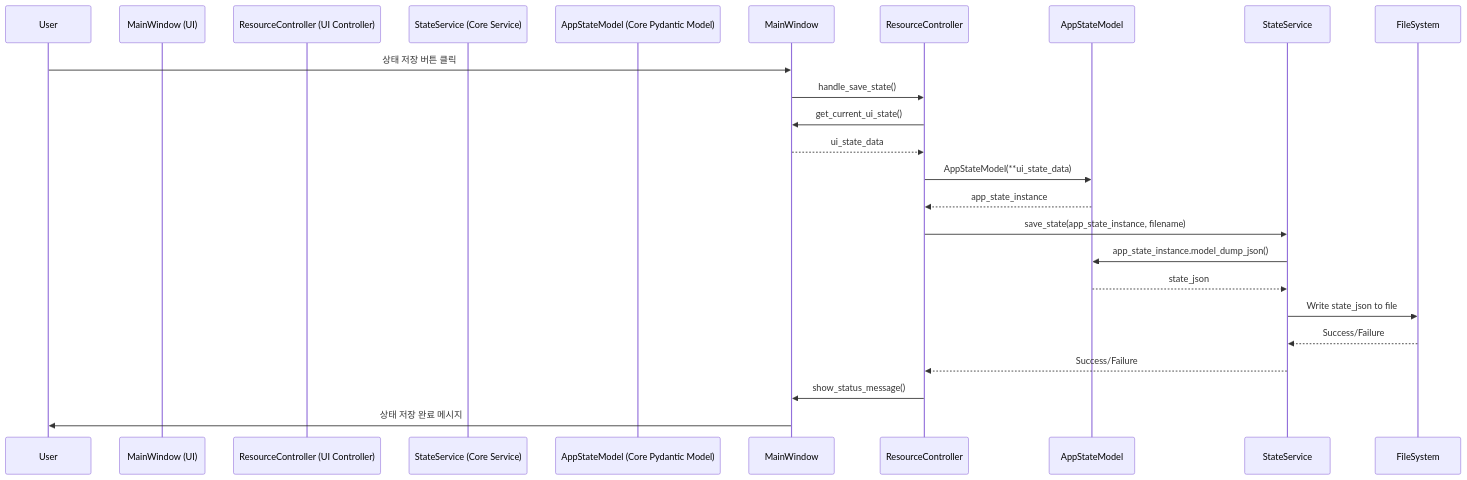
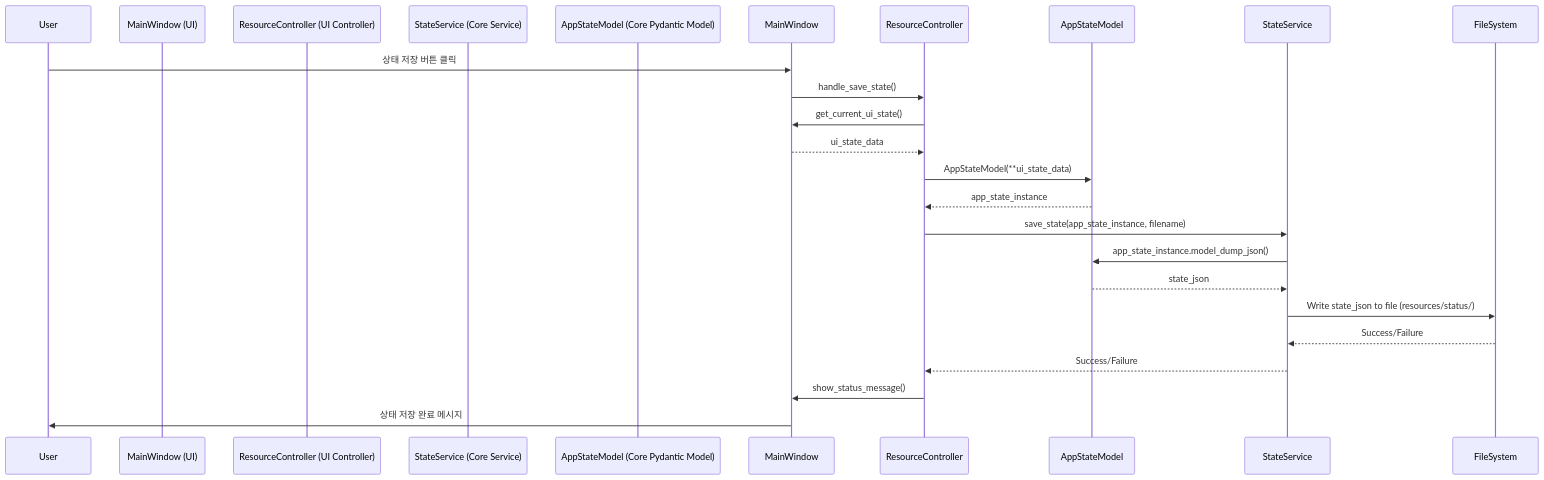
Before and after one commit to shacea/duck-prompt: the third of 3 diagrams in docs/리팩토링/계획.md, drawn with Mermaid. The commit also changed other lines of this file, not shown here.

````diff
--- a/docs/리팩토링/계획.md
+++ b/docs/리팩토링/계획.md
@@ -222,23 +227,23 @@
 ```mermaid
 sequenceDiagram
     participant User
     participant MainWindow (UI)
     participant ResourceController (UI Controller)
     participant StateService (Core Service)
     participant AppStateModel (Core Pydantic Model)
 
     User->>MainWindow: 상태 저장 버튼 클릭
     MainWindow->>ResourceController: handle_save_state()
     ResourceController->>MainWindow: get_current_ui_state() # UI 요소 값 가져오기
     MainWindow-->>ResourceController: ui_state_data
     ResourceController->>AppStateModel: AppStateModel(**ui_state_data) # Pydantic 모델 생성 (유효성 검사)
     AppStateModel-->>ResourceController: app_state_instance
     ResourceController->>StateService: save_state(app_state_instance, filename)
     StateService->>AppStateModel: app_state_instance.model_dump_json() # JSON 변환
     AppStateModel-->>StateService: state_json
-    StateService->>FileSystem: Write state_json to file
+    StateService->>FileSystem: Write state_json to file (resources/status/)
     FileSystem-->>StateService: Success/Failure
     StateService-->>ResourceController: Success/Failure
     ResourceController->>MainWindow: show_status_message()
     MainWindow->>User: 상태 저장 완료 메시지
 ```
````
